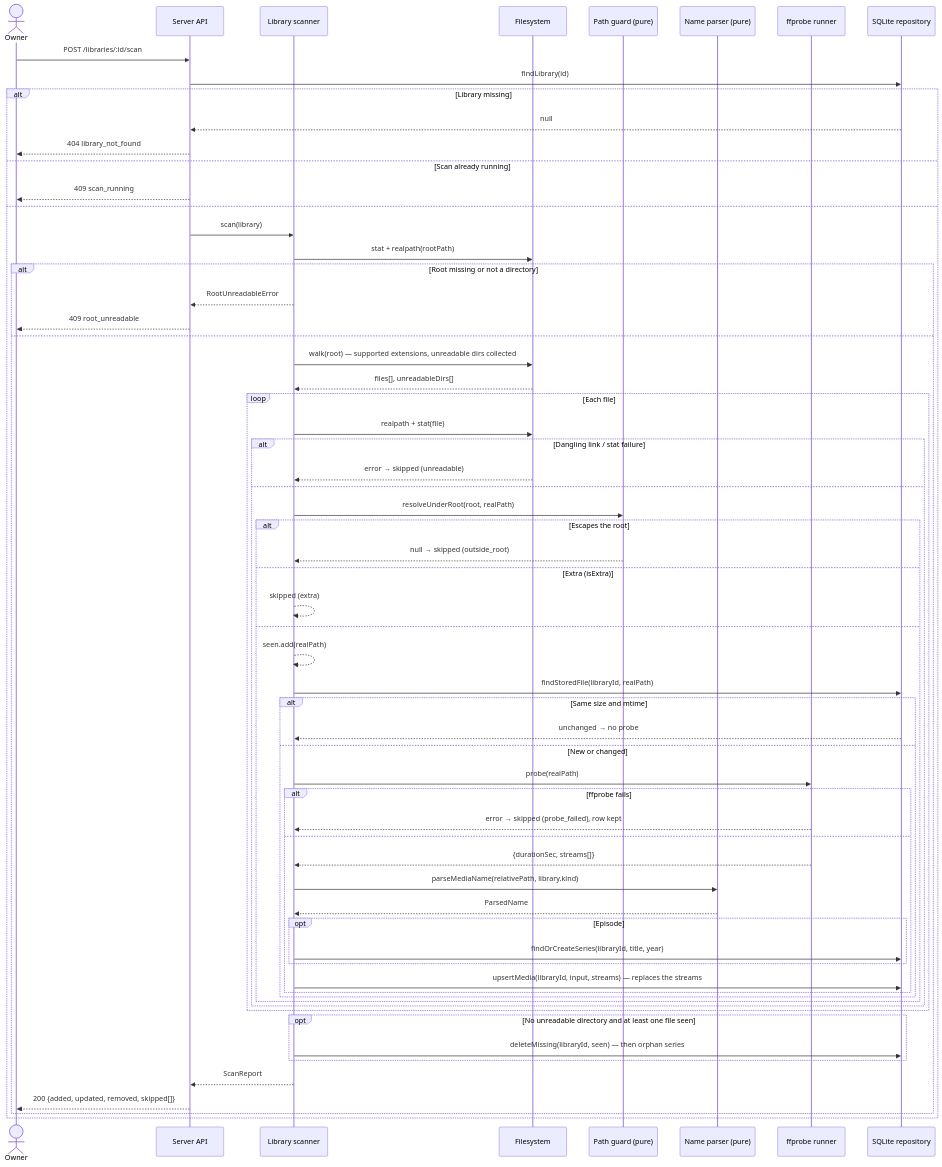
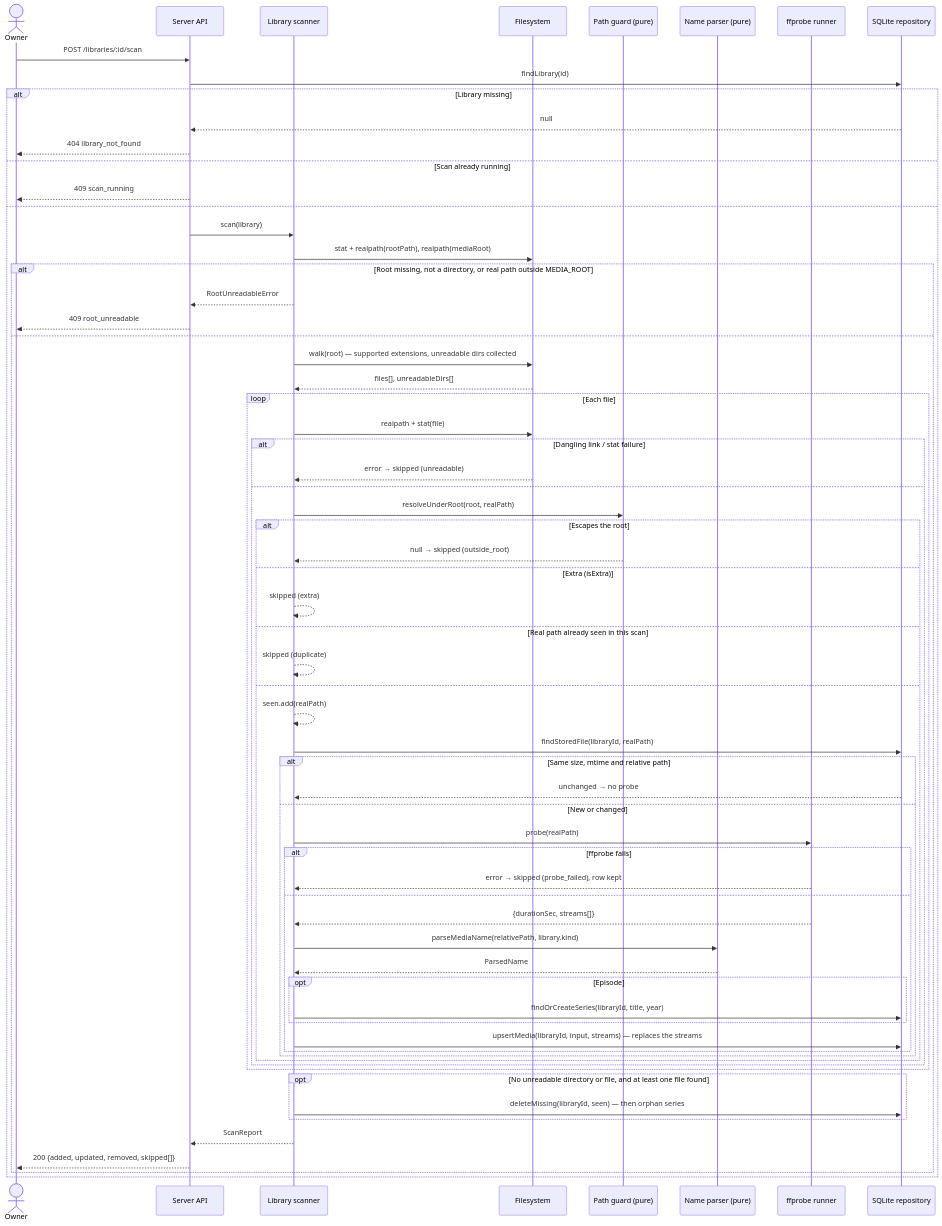
Before and after one commit to benoit-bremaud/popcorno: the diagram in docs/architecture/diagrams/playback/02-sequence-scan-library.md, drawn with Mermaid. The commit also changed 8 other files, not shown here.

````diff
--- a/docs/architecture/diagrams/playback/02-sequence-scan-library.md
+++ b/docs/architecture/diagrams/playback/02-sequence-scan-library.md
@@ -15,67 +15,69 @@
 ```mermaid
 sequenceDiagram
   actor O as Owner
   participant API as Server API
   participant SC as Library scanner
   participant FS as Filesystem
   participant PG as Path guard (pure)
   participant NP as Name parser (pure)
   participant FP as ffprobe runner
   participant DB as SQLite repository
 
   O->>API: POST /libraries/:id/scan
   API->>DB: findLibrary(id)
   alt Library missing
     DB-->>API: null
     API-->>O: 404 library_not_found
   else Scan already running
     API-->>O: 409 scan_running
   else
     API->>SC: scan(library)
-    SC->>FS: stat + realpath(rootPath)
-    alt Root missing or not a directory
+    SC->>FS: stat + realpath(rootPath), realpath(mediaRoot)
+    alt Root missing, not a directory, or real path outside MEDIA_ROOT
       SC-->>API: RootUnreadableError
       API-->>O: 409 root_unreadable
     else
       SC->>FS: walk(root) — supported extensions, unreadable dirs collected
       FS-->>SC: files[], unreadableDirs[]
       loop Each file
         SC->>FS: realpath + stat(file)
         alt Dangling link / stat failure
           FS-->>SC: error → skipped (unreadable)
         else
           SC->>PG: resolveUnderRoot(root, realPath)
           alt Escapes the root
             PG-->>SC: null → skipped (outside_root)
           else Extra (isExtra)
             SC-->>SC: skipped (extra)
+          else Real path already seen in this scan
+            SC-->>SC: skipped (duplicate)
           else
             SC-->>SC: seen.add(realPath)
             SC->>DB: findStoredFile(libraryId, realPath)
-            alt Same size and mtime
+            alt Same size, mtime and relative path
               DB-->>SC: unchanged → no probe
             else New or changed
               SC->>FP: probe(realPath)
               alt ffprobe fails
                 FP-->>SC: error → skipped (probe_failed), row kept
               else
                 FP-->>SC: {durationSec, streams[]}
                 SC->>NP: parseMediaName(relativePath, library.kind)
                 NP-->>SC: ParsedName
                 opt Episode
                   SC->>DB: findOrCreateSeries(libraryId, title, year)
                 end
                 SC->>DB: upsertMedia(libraryId, input, streams) — replaces the streams
               end
             end
           end
         end
       end
-      opt No unreadable directory and at least one file seen
+      opt No unreadable directory or file, and at least one file found
         SC->>DB: deleteMissing(libraryId, seen) — then orphan series
       end
       SC-->>API: ScanReport
       API-->>O: 200 {added, updated, removed, skipped[]}
     end
   end
 ```
````
